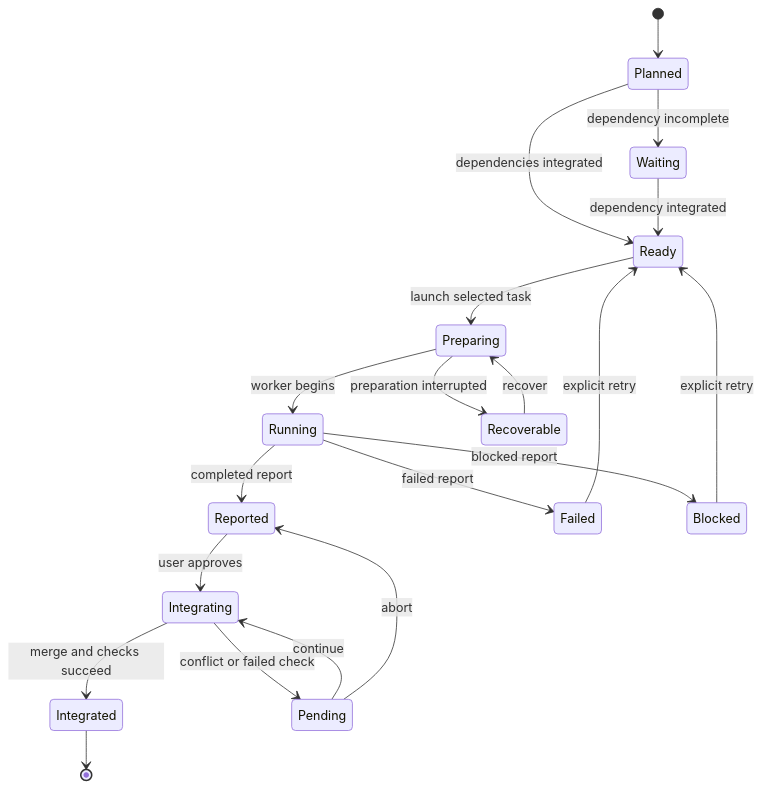
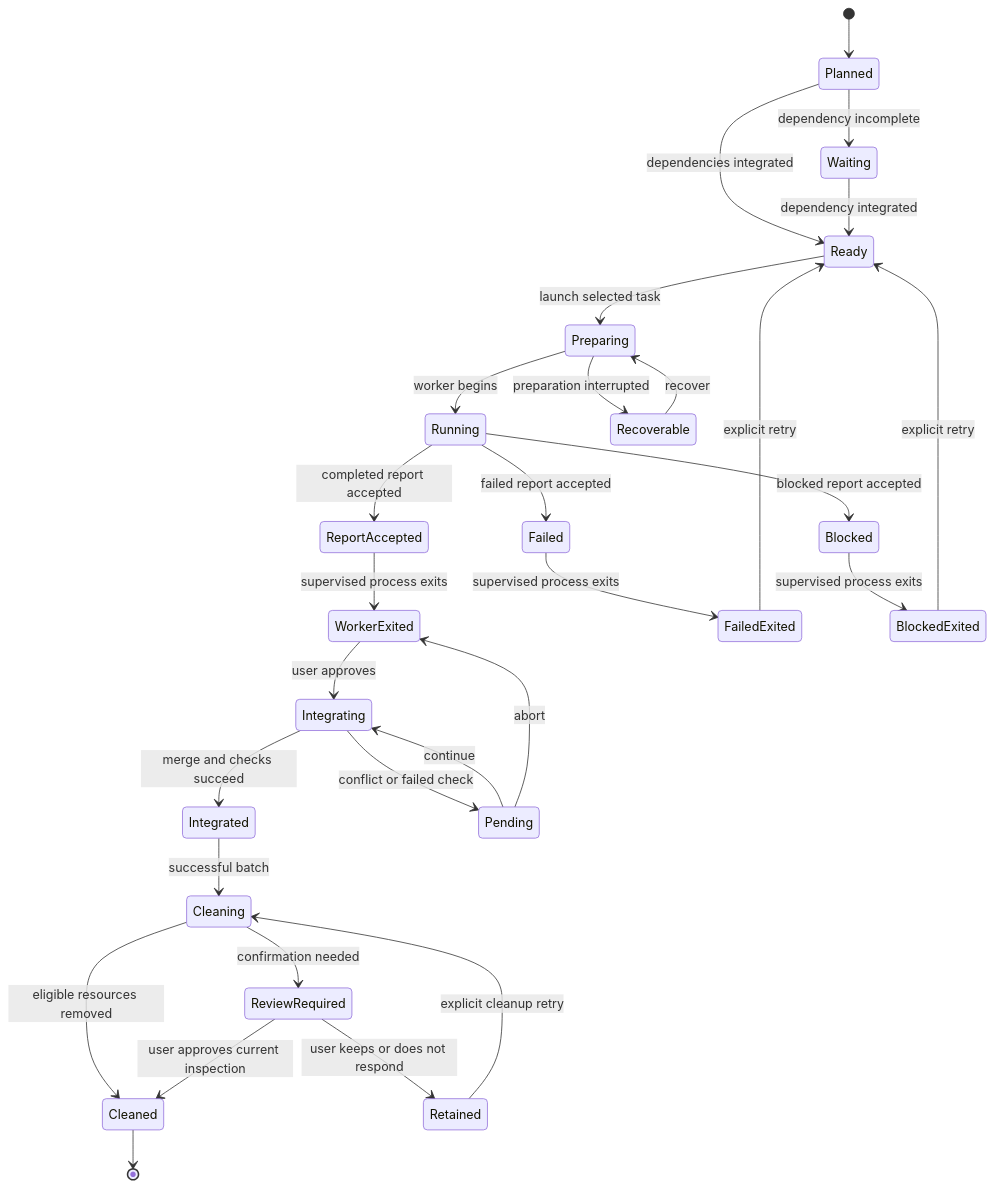
One commit to vfedoriv/openspec-runner changed the fourth of 4 diagrams in README.md. Above: the diagram before and after it, drawn with Mermaid. The commit also changed other lines of this file and 2 other files, not shown here.

Commit message:
Document automated cleanup lifecycle

````diff
--- a/README.md
+++ b/README.md
@@ -531,22 +567,31 @@
 ```mermaid
 stateDiagram-v2
     [*] --> Planned
     Planned --> Ready: dependencies integrated
     Planned --> Waiting: dependency incomplete
     Waiting --> Ready: dependency integrated
     Ready --> Preparing: launch selected task
     Preparing --> Running: worker begins
     Preparing --> Recoverable: preparation interrupted
     Recoverable --> Preparing: recover
-    Running --> Reported: completed report
-    Running --> Failed: failed report
-    Running --> Blocked: blocked report
-    Reported --> Integrating: user approves
+    Running --> ReportAccepted: completed report accepted
+    Running --> Failed: failed report accepted
+    Running --> Blocked: blocked report accepted
+    ReportAccepted --> WorkerExited: supervised process exits
+    Failed --> FailedExited: supervised process exits
+    Blocked --> BlockedExited: supervised process exits
+    WorkerExited --> Integrating: user approves
     Integrating --> Integrated: merge and checks succeed
     Integrating --> Pending: conflict or failed check
     Pending --> Integrating: continue
-    Pending --> Reported: abort
-    Failed --> Ready: explicit retry
-    Blocked --> Ready: explicit retry
-    Integrated --> [*]
+    Pending --> WorkerExited: abort
+    FailedExited --> Ready: explicit retry
+    BlockedExited --> Ready: explicit retry
+    Integrated --> Cleaning: successful batch
+    Cleaning --> Cleaned: eligible resources removed
+    Cleaning --> ReviewRequired: confirmation needed
+    ReviewRequired --> Cleaned: user approves current inspection
+    ReviewRequired --> Retained: user keeps or does not respond
+    Retained --> Cleaning: explicit cleanup retry
+    Cleaned --> [*]
 ```
````
